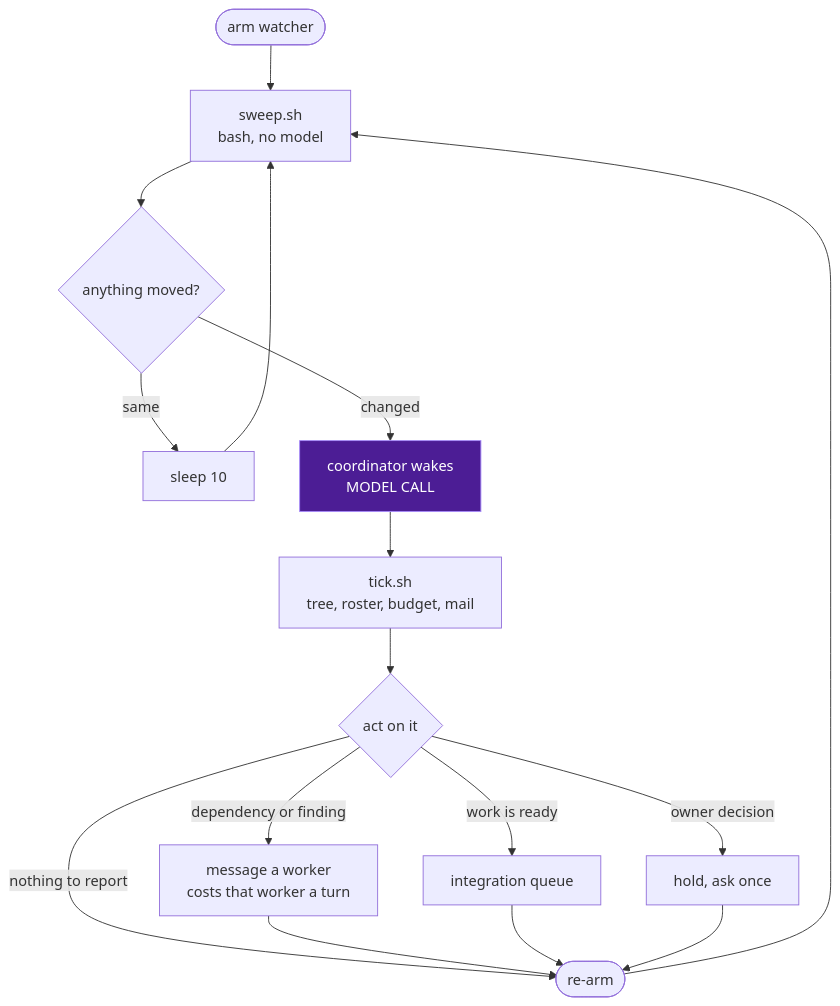
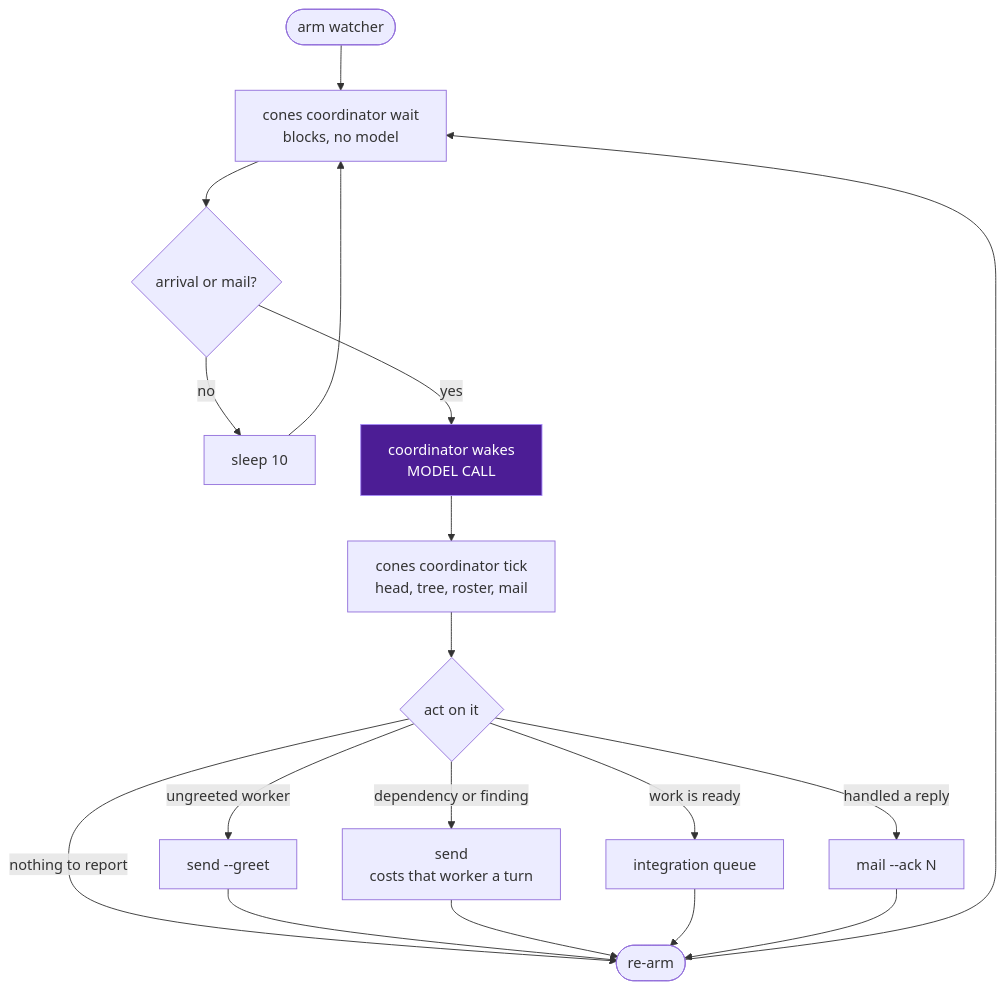
Before and after one commit to YuvalSarel1/cones: the third of 4 diagrams in docs/architecture.md, drawn with Mermaid. The commit also changed other lines of this file and 26 other files, not shown here.

````diff
--- a/docs/architecture.md
+++ b/docs/architecture.md
@@ -152,21 +161,22 @@
 ```mermaid
 flowchart TB
-    Arm([arm watcher]) --> Sweep
-    Sweep["sweep.sh<br/>bash, no model"]
-    Sweep --> Q{"anything moved?"}
-    Q -->|"same"| Sleep["sleep 10"] --> Sweep
-    Q -->|"changed"| Wake["coordinator wakes<br/>MODEL CALL"]
-    Wake --> Tick["tick.sh<br/>tree, roster, budget, mail"]
+    Arm([arm watcher]) --> Wait["cones coordinator wait<br/>blocks, no model"]
+    Wait --> Q{"arrival or mail?"}
+    Q -->|"no"| Sleep["sleep 10"] --> Wait
+    Q -->|"yes"| Wake["coordinator wakes<br/>MODEL CALL"]
+    Wake --> Tick["cones coordinator tick<br/>head, tree, roster, mail"]
     Tick --> Act{"act on it"}
-    Act -->|"dependency or finding"| Msg["message a worker<br/>costs that worker a turn"]
+    Act -->|"ungreeted worker"| Greet["send --greet"]
+    Act -->|"dependency or finding"| Msg["send<br/>costs that worker a turn"]
     Act -->|"work is ready"| Integ["integration queue"]
-    Act -->|"owner decision"| Hold["hold, ask once"]
+    Act -->|"handled a reply"| Ack["mail --ack N"]
     Act -->|"nothing to report"| Rearm([re-arm])
+    Greet --> Rearm
     Msg --> Rearm
     Integ --> Rearm
-    Hold --> Rearm
-    Rearm --> Sweep
+    Ack --> Rearm
+    Rearm --> Wait
 
     classDef model fill:#4c1d95,stroke:#a78bfa,color:#fff
     class Wake model
 ```
````
